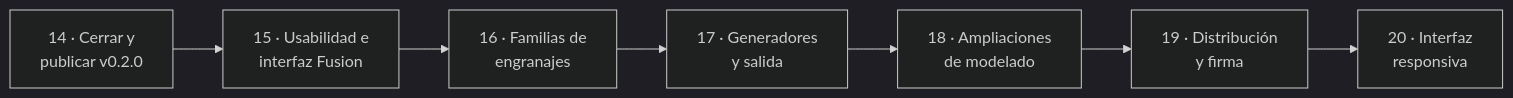
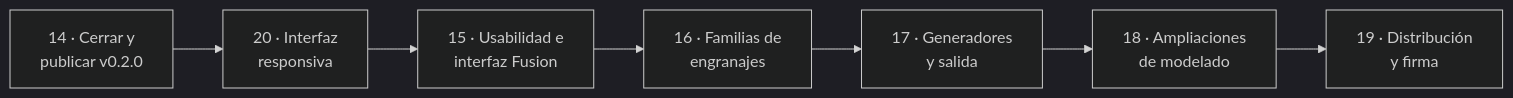
The first of 2 diagrams in docs/hoja-de-ruta.md (GeoNufio1404/NufioCAD), drawn with Mermaid (dark theme) before and after one commit. The commit also changed other lines of this file and 5 other files, not shown here.

````diff
--- a/docs/hoja-de-ruta.md
+++ b/docs/hoja-de-ruta.md
@@ -68,9 +68,9 @@
 ```mermaid
 flowchart LR
-    F14["14 · Cerrar y<br/>publicar v0.2.0"] --> F15["15 · Usabilidad e<br/>interfaz Fusion"]
+    F14["14 · Cerrar y<br/>publicar v0.2.0"] --> F20["20 · Interfaz<br/>responsiva"]
+    F20 --> F15["15 · Usabilidad e<br/>interfaz Fusion"]
     F15 --> F16["16 · Familias de<br/>engranajes"]
     F16 --> F17["17 · Generadores<br/>y salida"]
     F17 --> F18["18 · Ampliaciones<br/>de modelado"]
     F18 --> F19["19 · Distribución<br/>y firma"]
-    F19 --> F20["20 · Interfaz<br/>responsiva"]
 ```
````
